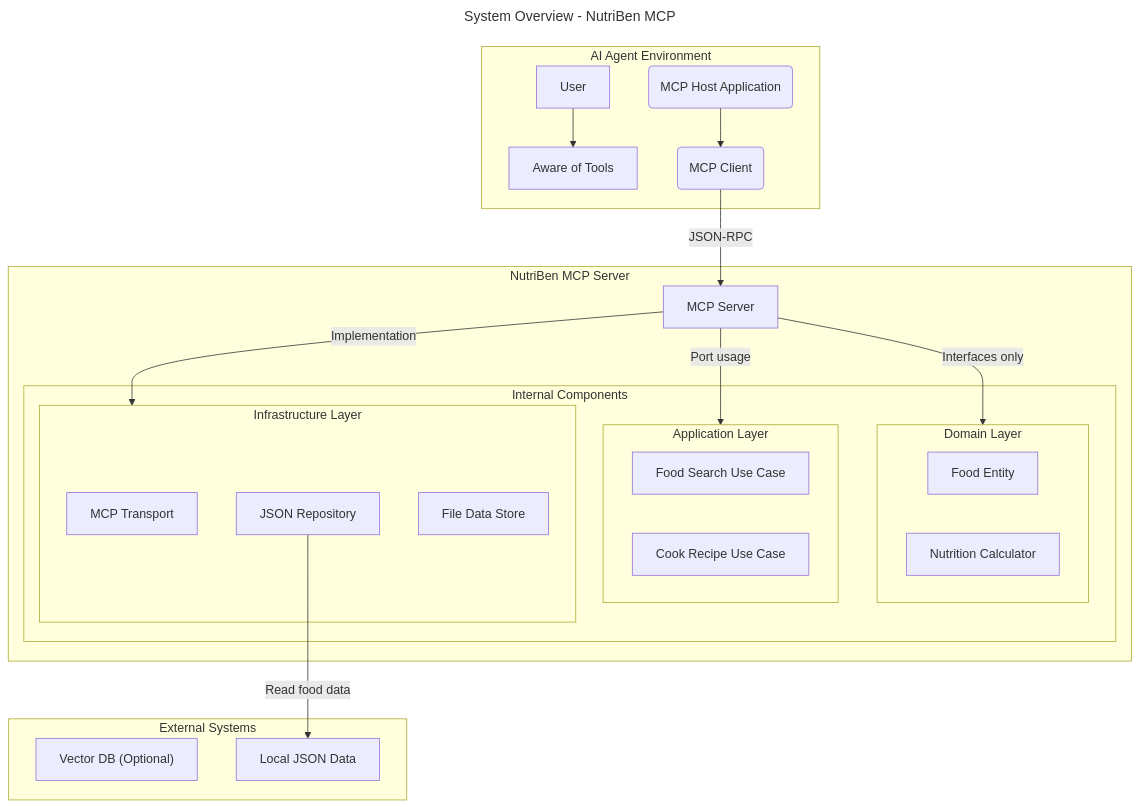
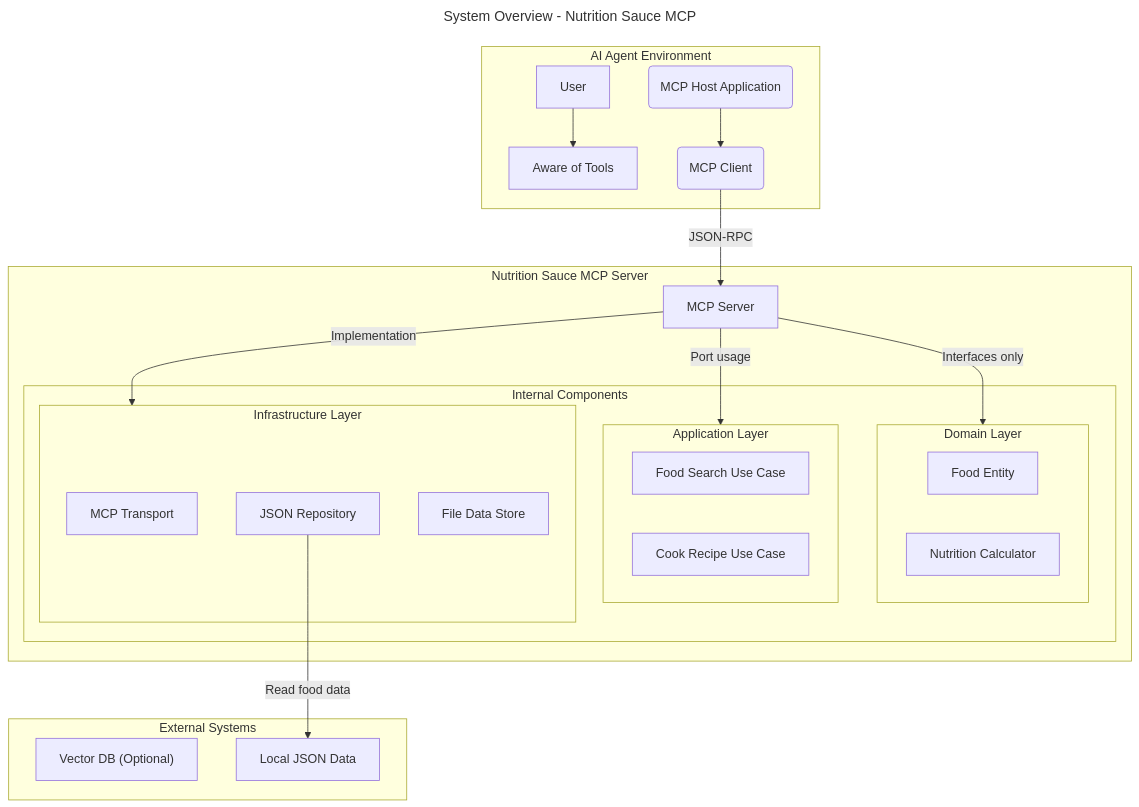
Before and after one commit to heltonrlustosa/nutrition-sauce: the diagram in docs/assets/diagrams/system-overview.mmd, drawn with Mermaid. The commit also changed 1 other file, not shown here.

Commit message:
docs(nutrition-sauce): change name in diagrams

```diff
--- a/docs/assets/diagrams/system-overview.mmd
+++ b/docs/assets/diagrams/system-overview.mmd
@@ -1,45 +1,45 @@
 ---
-title: System Overview - NutriBen MCP
+title: System Overview - Nutrition Sauce MCP
 ---
 flowchart TB
     subgraph AI_Env["AI Agent Environment"]
         user["User"]
         AI_Agent["Aware of Tools"]
         Host("MCP Host Application")
         Client("MCP Client")
     end
 
-    subgraph MCP_Env["NutriBen MCP Server"]
+    subgraph MCP_Env["Nutrition Sauce MCP Server"]
         mcp_server["MCP Server"]
 
         subgraph Internal["Internal Components"]
             subgraph Domain["Domain Layer"]
                 food_entity["Food Entity"]
                 nutrition_calc["Nutrition Calculator"]
             end
 
             subgraph Application["Application Layer"]
                 search_usecase["Food Search Use Case"]
                 calc_usecase["Cook Recipe Use Case"]
             end
 
             subgraph Infrastructure["Infrastructure Layer"]
                 mcp_impl["MCP Transport"]
                 json_repo["JSON Repository"]
                 data_store["File Data Store"]
             end
         end
     end
 
     subgraph Ext_Sys["External Systems"]
         vector_index["Vector DB (Optional)"]
         file_data["Local JSON Data"]
     end
 
     user --> AI_Agent
     Host --> Client
     Client -->|"JSON-RPC"| mcp_server
     mcp_server -->|"Interfaces only"| Domain
     mcp_server -->|"Port usage"| Application
     mcp_server -->|"Implementation"| Infrastructure
     json_repo -->|"Read food data"| file_data
```
